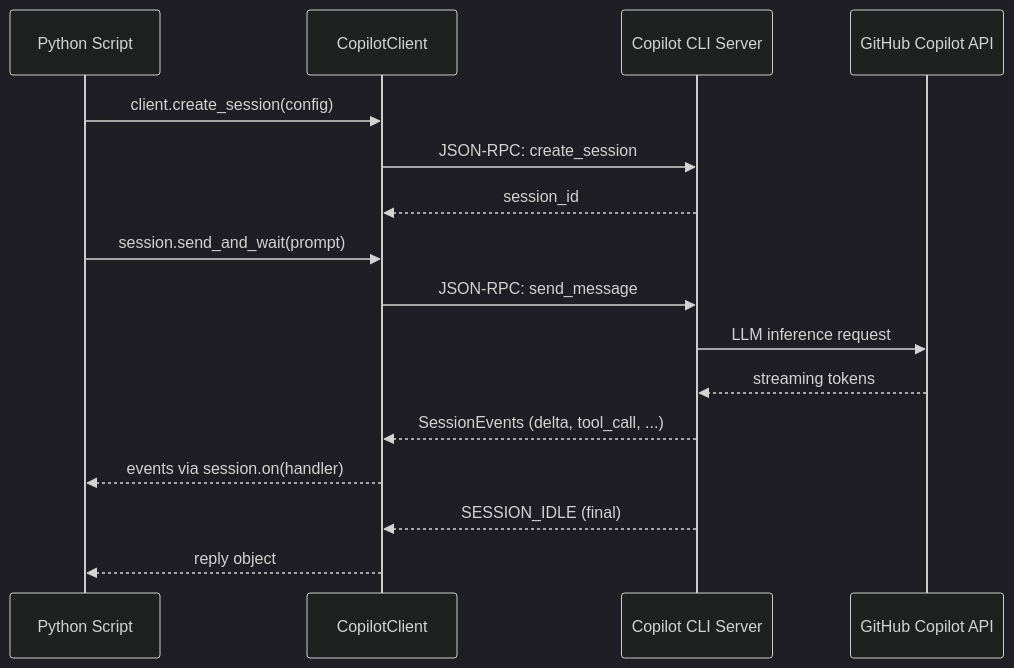
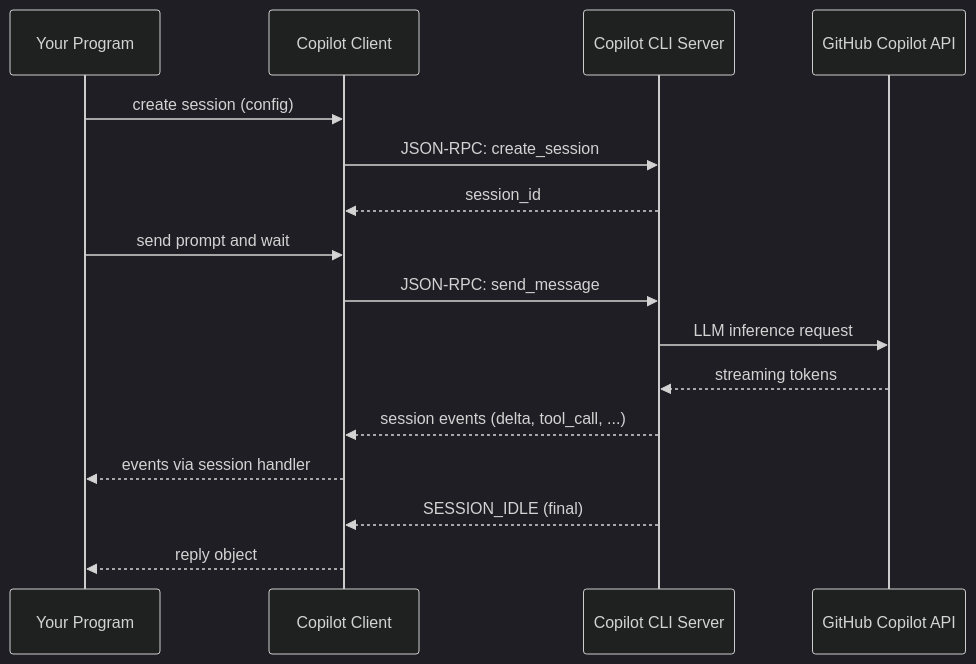
Before and after one commit to ks6088ts/template-github-copilot: the second of 3 diagrams in docs/copilot_sdk_tutorial/architecture.md, drawn with Mermaid (dark theme). The commit also changed other lines of this file and 40 other files, not shown here.

First line of the commit message:
Refactor Copilot SDK tutorial documentation and Go implementation

````diff
--- a/docs/copilot_sdk_tutorial/architecture.md
+++ b/docs/copilot_sdk_tutorial/architecture.md
@@ -107,20 +88,20 @@
 ```mermaid
 sequenceDiagram
-    participant Script as Python Script
-    participant SDK as CopilotClient
+    participant Script as Your Program
+    participant SDK as Copilot Client
     participant CLI as Copilot CLI Server
     participant API as GitHub Copilot API
 
-    Script->>SDK: client.create_session(config)
+    Script->>SDK: create session (config)
     SDK->>CLI: JSON-RPC: create_session
     CLI-->>SDK: session_id
 
-    Script->>SDK: session.send_and_wait(prompt)
+    Script->>SDK: send prompt and wait
     SDK->>CLI: JSON-RPC: send_message
     CLI->>API: LLM inference request
     API-->>CLI: streaming tokens
-    CLI-->>SDK: SessionEvents (delta, tool_call, ...)
-    SDK-->>Script: events via session.on(handler)
+    CLI-->>SDK: session events (delta, tool_call, ...)
+    SDK-->>Script: events via session handler
     CLI-->>SDK: SESSION_IDLE (final)
     SDK-->>Script: reply object
 ```
````
